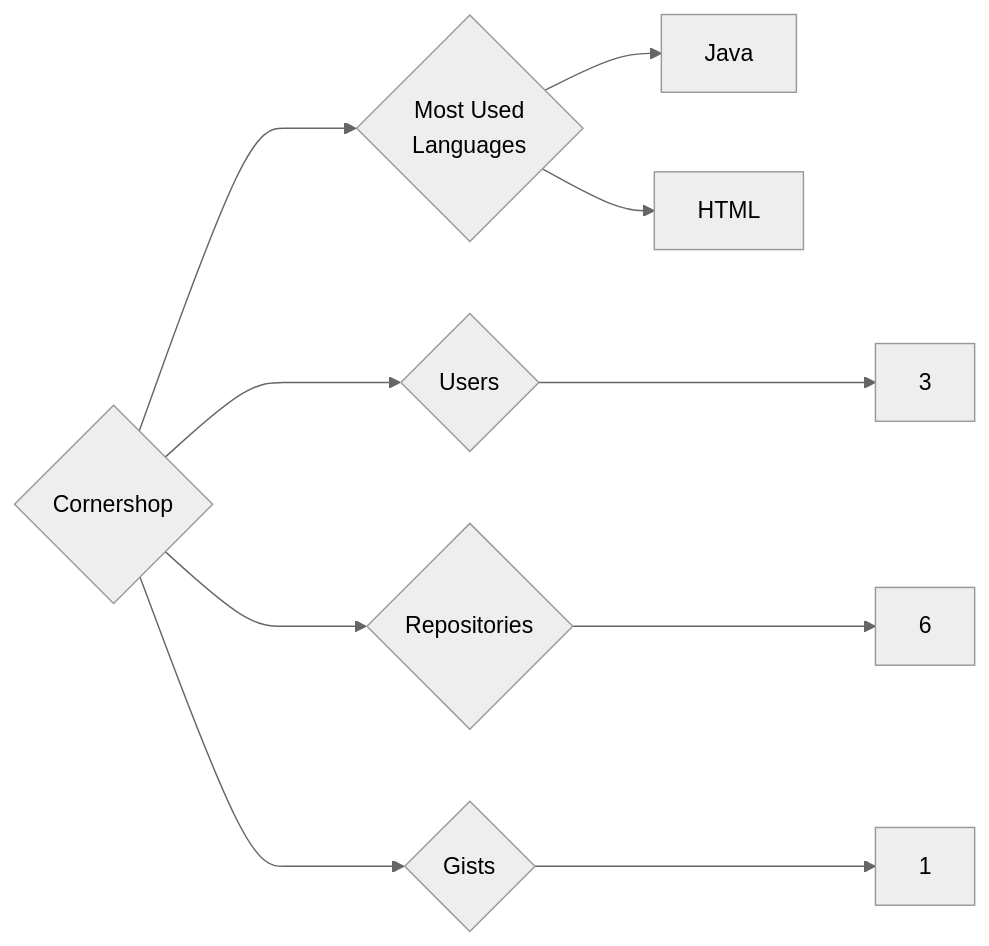
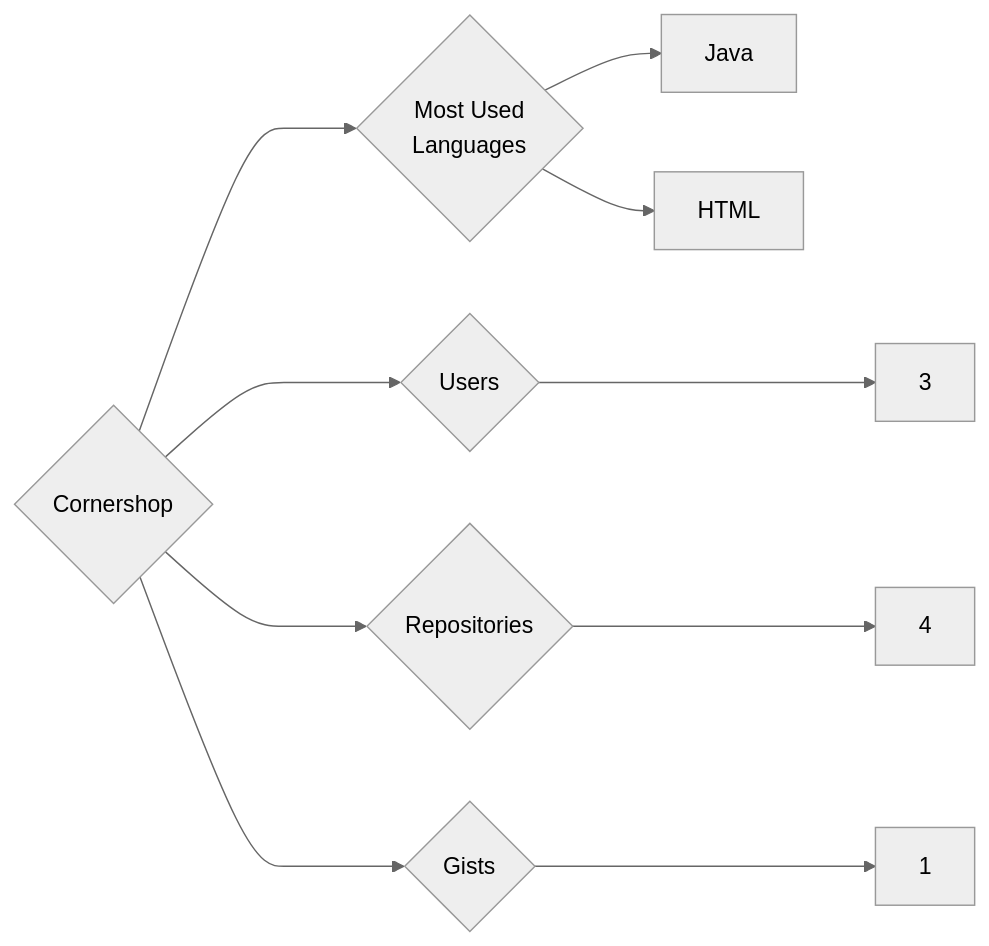
Before and after one commit to trickest/insiders: the diagram in targets/Cornershop/README.md, drawn with Mermaid (neutral theme). The commit also changed 1023 other files, not shown here.

````diff
--- a/targets/Cornershop/README.md
+++ b/targets/Cornershop/README.md
@@ -3,10 +3,10 @@
 ```mermaid
 graph LR
 COMPANY_NAME{Cornershop}
 COMPANY_NAME ---> U{Users} ---> UN[3]
-COMPANY_NAME ---> R{Repositories} ---> RN[6]
+COMPANY_NAME ---> R{Repositories} ---> RN[4]
 COMPANY_NAME ---> G{Gists} ---> GN[1]
 COMPANY_NAME ---> ML{Most Used<br>Languages}
 ML --> Java[Java]
 ML --> HTML[HTML]
 ```
````
